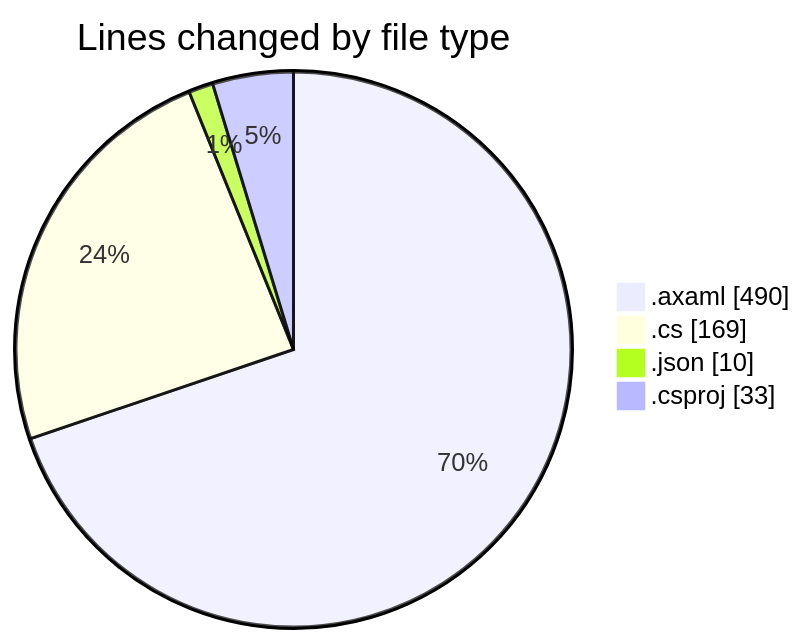
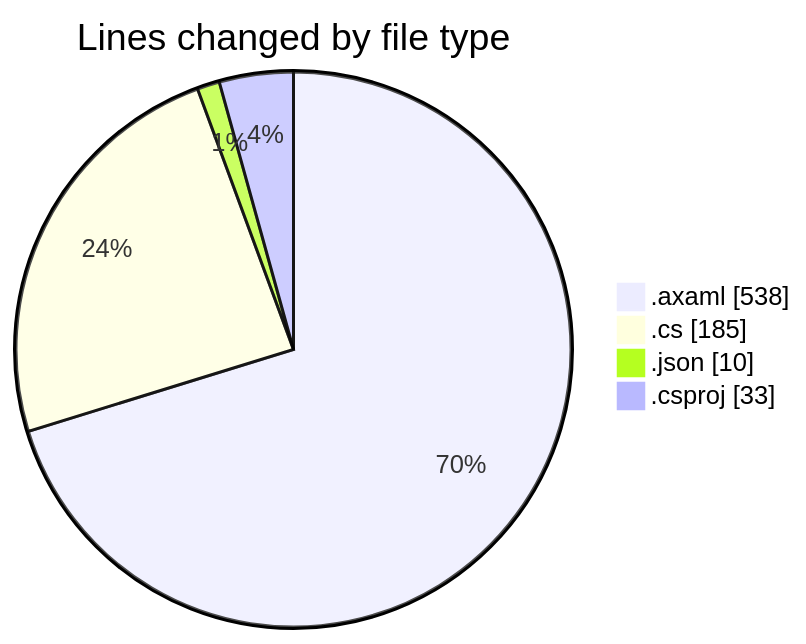
Before and after one commit to Netris89/code-tracking: the first of 2 diagrams in 2025-10-21/skintrack/README.md, drawn with Mermaid. The commit also changed other lines of this file and 1 other file, not shown here.

````diff
--- a/2025-10-21/skintrack/README.md
+++ b/2025-10-21/skintrack/README.md
@@ -29,8 +30,8 @@
 ```mermaid
 pie showData
 title Lines changed by file type
-".axaml" : 490
-".cs" : 169
+".axaml" : 538
+".cs" : 185
 ".json" : 10
 ".csproj" : 33
 ```
````
